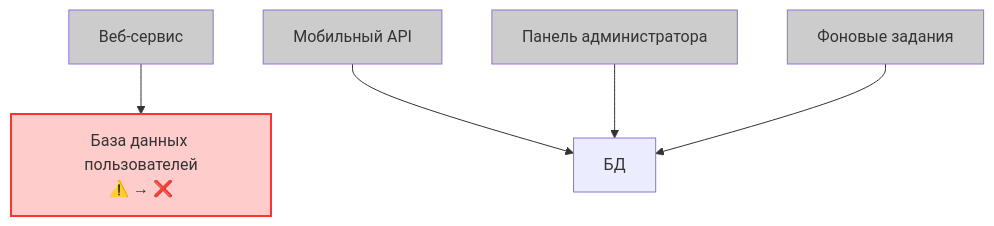
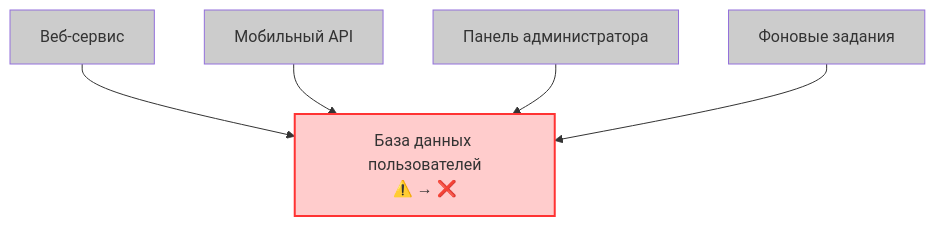
One commit to razkevich/system_design_course changed the third of 8 diagrams in 6_fault_tolerance/circuit_breakers_ru.md. Above: the diagram before and after it, drawn with Mermaid. The commit also changed other lines of this file and 7 other files, not shown here.

````diff
--- a/6_fault_tolerance/circuit_breakers_ru.md
+++ b/6_fault_tolerance/circuit_breakers_ru.md
@@ -53,13 +53,13 @@
 ```mermaid
 graph TD
 W[Веб-сервис] --> DB[База данных пользователей<br/>⚠️ → ❌]
-M[Мобильный API] --> БД
-A[Панель администратора] --> БД
-B[Фоновые задания] --> БД
+M[Мобильный API] --> DB
+A[Панель администратора] --> DB
+B[Фоновые задания] --> DB
 
 style DB fill:#ffcccc,stroke:#ff3333,stroke-width:2px
 style W fill:#cccccc
 style M fill:#cccccc
 style A fill:#cccccc
 style B fill:#cccccc
 ```
````
